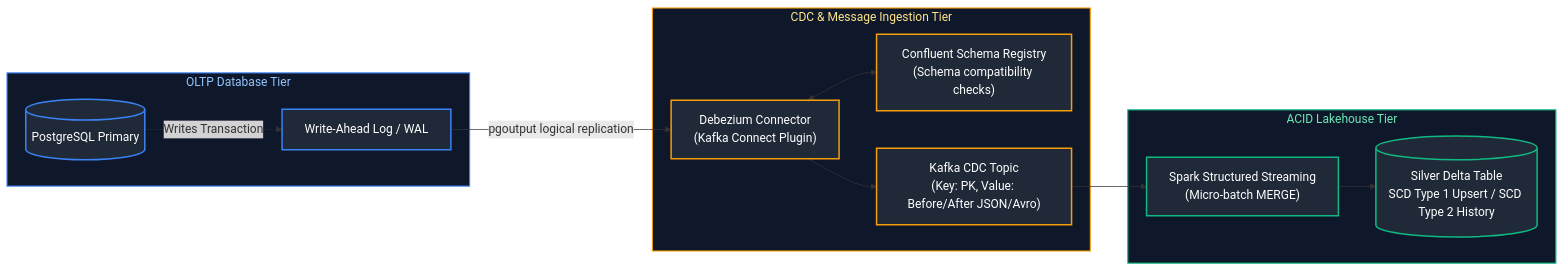
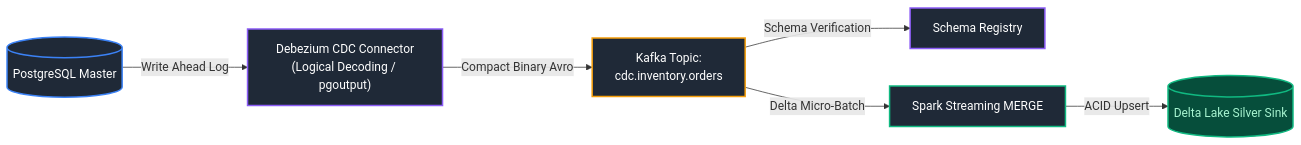
Before and after one commit to joydeep-biswas/Interview-Preparation: the sixth of 12 diagrams in Data Engineering/15_system_design_for_data_engineering.md, drawn with Mermaid. The commit also changed other lines of this file and 143 other files, not shown here.

````diff
--- a/Data Engineering/15_system_design_for_data_engineering.md
+++ b/Data Engineering/15_system_design_for_data_engineering.md
@@ -382,37 +419,15 @@
 ```mermaid
 flowchart LR
-    subgraph RDBMSTier ["OLTP Database Tier"]
-        DB[(PostgreSQL Primary)]
-        WAL[Write-Ahead Log / WAL]
-        DB -. Writes Transaction .-> WAL
-    end
+    Postgres[(PostgreSQL Master)] -->|Write Ahead Log| Debezium["Debezium CDC Connector<br/>(Logical Decoding / pgoutput)"]
+    Debezium -->|Compact Binary Avro| Kafka["Kafka Topic:<br/>cdc.inventory.orders"]
+    Kafka -->|Schema Verification| SR["Schema Registry"]
+    Kafka -->|Delta Micro-Batch| Spark["Spark Streaming MERGE"]
+    Spark -->|ACID Upsert| DeltaLake[("Delta Lake Silver Sink")]
 
-    subgraph CDCTier ["CDC & Message Ingestion Tier"]
-        Debezium["Debezium Connector<br/>(Kafka Connect Plugin)"]
-        SchemaReg["Confluent Schema Registry<br/>(Schema compatibility checks)"]
-        KafkaCDC["Kafka CDC Topic<br/>(Key: PK, Value: Before/After JSON/Avro)"]
-
-        WAL -->|"pgoutput logical replication"| Debezium
-        Debezium <--> SchemaReg
-        Debezium --> KafkaCDC
-    end
-
-    subgraph LakehouseTier ["ACID Lakehouse Tier"]
-        SparkCDC["Spark Structured Streaming<br/>(Micro-batch MERGE)"]
-        SilverDelta[(Silver Delta Table<br/>SCD Type 1 Upsert / SCD Type 2 History)]
-
-        KafkaCDC --> SparkCDC
-        SparkCDC --> SilverDelta
-    end
-
-    style RDBMSTier fill:#0f172a,stroke:#3b82f6,stroke-width:1.5px,color:#93c5fd
-    style CDCTier fill:#0f172a,stroke:#f59e0b,stroke-width:1.5px,color:#fde68a
-    style LakehouseTier fill:#0f172a,stroke:#10b981,stroke-width:1.5px,color:#6ee7b7
-    style DB fill:#1f2937,stroke:#3b82f6,stroke-width:2px,color:#fff
-    style WAL fill:#1f2937,stroke:#3b82f6,stroke-width:2px,color:#fff
-    style Debezium fill:#1f2937,stroke:#f59e0b,stroke-width:2px,color:#fff
-    style SchemaReg fill:#1f2937,stroke:#f59e0b,stroke-width:2px,color:#fff
-    style KafkaCDC fill:#1f2937,stroke:#f59e0b,stroke-width:2px,color:#fff
-    style SparkCDC fill:#1f2937,stroke:#10b981,stroke-width:2px,color:#fff
-    style SilverDelta fill:#1f2937,stroke:#10b981,stroke-width:2px,color:#fff
+    style Postgres fill:#1f2937,stroke:#3b82f6,stroke-width:2px,color:#fff
+    style Debezium fill:#1f2937,stroke:#8b5cf6,stroke-width:2px,color:#fff
+    style Kafka fill:#1f2937,stroke:#f59e0b,stroke-width:2px,color:#fff
+    style SR fill:#1f2937,stroke:#8b5cf6,stroke-width:2px,color:#fff
+    style Spark fill:#1f2937,stroke:#10b981,stroke-width:2px,color:#fff
+    style DeltaLake fill:#064e3b,stroke:#10b981,stroke-width:2px,color:#a7f3d0
 ```
````
